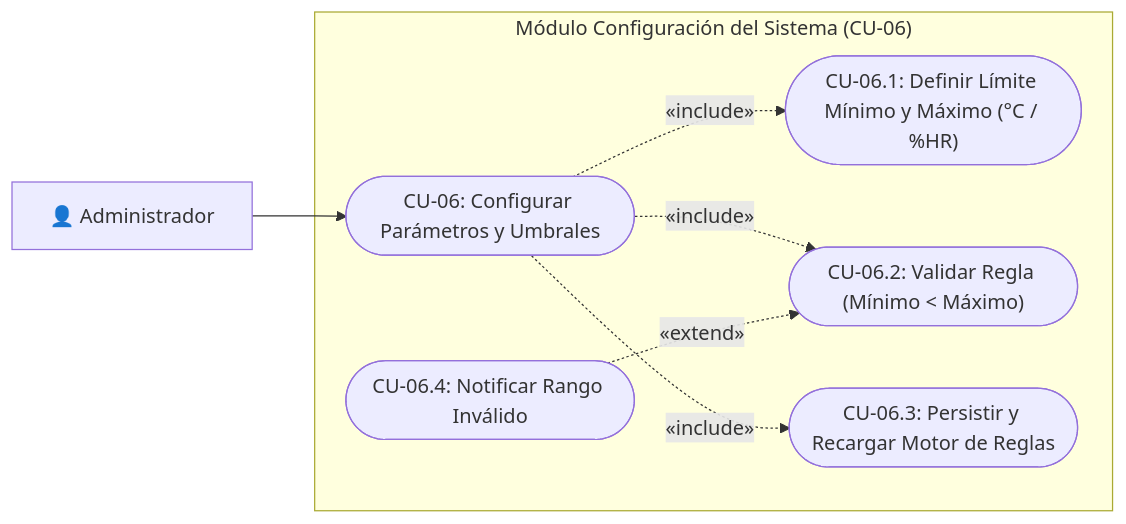
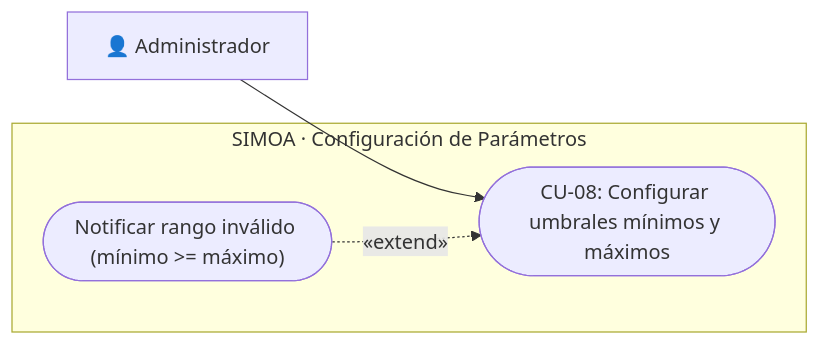
One commit to LuzElianaSanchezTovar666/Sistema_oit_de_monitoreo_ambiental changed the ninth of 17 diagrams in docs/SRS_SIMOA.md. Above: the diagram before and after it, drawn with Mermaid. The commit also changed other lines of this file, not shown here.

````diff
--- a/docs/SRS_SIMOA.md
+++ b/docs/SRS_SIMOA.md
@@ -595,18 +549,12 @@
 ```mermaid
 flowchart LR
     Admin["👤 Administrador"]
 
-    subgraph "Módulo Configuración del Sistema (CU-06)"
-        CU06_Main(["CU-06: Configurar Parámetros y Umbrales"])
-        CU06_Range(["CU-06.1: Definir Límite Mínimo y Máximo (°C / %HR)"])
-        CU06_Val(["CU-06.2: Validar Regla (Mínimo < Máximo)"])
-        CU06_Reload(["CU-06.3: Persistir y Recargar Motor de Reglas"])
-        CU06_Invalid(["CU-06.4: Notificar Rango Inválido"])
+    subgraph "SIMOA · Configuración de Parámetros"
+        CU08(["CU-08: Configurar umbrales mínimos y máximos"])
+        CU08_Err(["Notificar rango inválido (mínimo >= máximo)"])
     end
 
-    Admin --> CU06_Main
-    CU06_Main -.->|«include»| CU06_Range
-    CU06_Main -.->|«include»| CU06_Val
-    CU06_Main -.->|«include»| CU06_Reload
-    CU06_Invalid -.->|«extend»| CU06_Val
+    Admin --> CU08
+    CU08_Err -.->|«extend»| CU08
 ```
````
